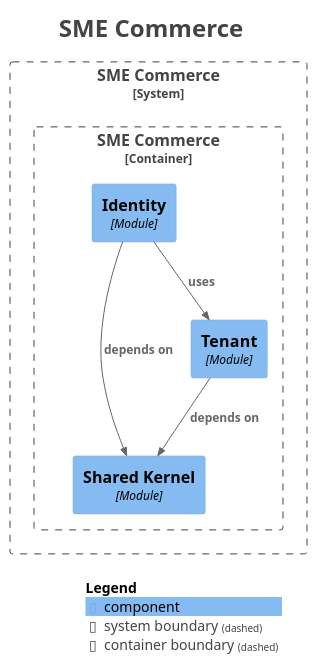
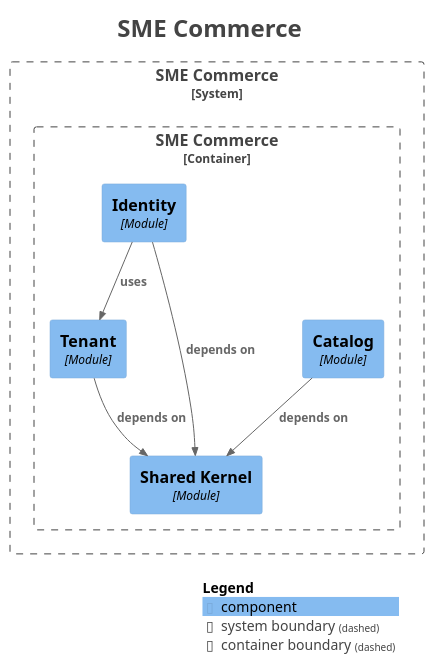
Before and after one commit to hezronokwach/sme-commerce-platform: the diagram in docs/modules/components.puml, drawn with PlantUML. The commit also changed 14 other files, not shown here.

```diff
--- a/docs/modules/components.puml
+++ b/docs/modules/components.puml
@@ -1,33 +1,35 @@
 @startuml
 title <size:24>SME Commerce</size>
 
 set separator none
 top to bottom direction
 
 <style>
   root {
     BackgroundColor: #ffffff
     FontColor: #444444
   }
 </style>
 
 !include <C4/C4>
 !include <C4/C4_Context>
 !include <C4/C4_Component>
 
 System_Boundary("SMECommerce_boundary", "SME Commerce", $tags="") {
   Container_Boundary("SMECommerce.SMECommerce_boundary", "SME Commerce", $tags="") {
-    Component(SMECommerce.SMECommerce.SharedKernel, "Shared Kernel", $techn="Module", $descr="", $tags="", $link="")
+    Component(SMECommerce.SMECommerce.Catalog, "Catalog", $techn="Module", $descr="", $tags="", $link="")
     Component(SMECommerce.SMECommerce.Tenant, "Tenant", $techn="Module", $descr="", $tags="", $link="")
     Component(SMECommerce.SMECommerce.Identity, "Identity", $techn="Module", $descr="", $tags="", $link="")
+    Component(SMECommerce.SMECommerce.SharedKernel, "Shared Kernel", $techn="Module", $descr="", $tags="", $link="")
   }
 
 }
 
 Rel(SMECommerce.SMECommerce.Tenant, SMECommerce.SMECommerce.SharedKernel, "depends on", $techn="", $tags="", $link="")
 Rel(SMECommerce.SMECommerce.Identity, SMECommerce.SMECommerce.SharedKernel, "depends on", $techn="", $tags="", $link="")
 Rel(SMECommerce.SMECommerce.Identity, SMECommerce.SMECommerce.Tenant, "uses", $techn="", $tags="", $link="")
+Rel(SMECommerce.SMECommerce.Catalog, SMECommerce.SMECommerce.SharedKernel, "depends on", $techn="", $tags="", $link="")
 
 SHOW_LEGEND(true)
 hide stereotypes
 @enduml
```
